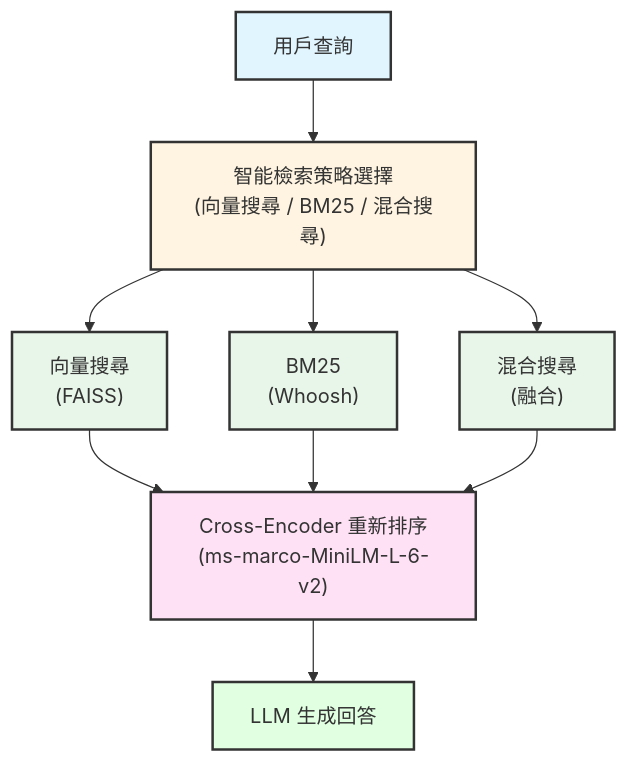
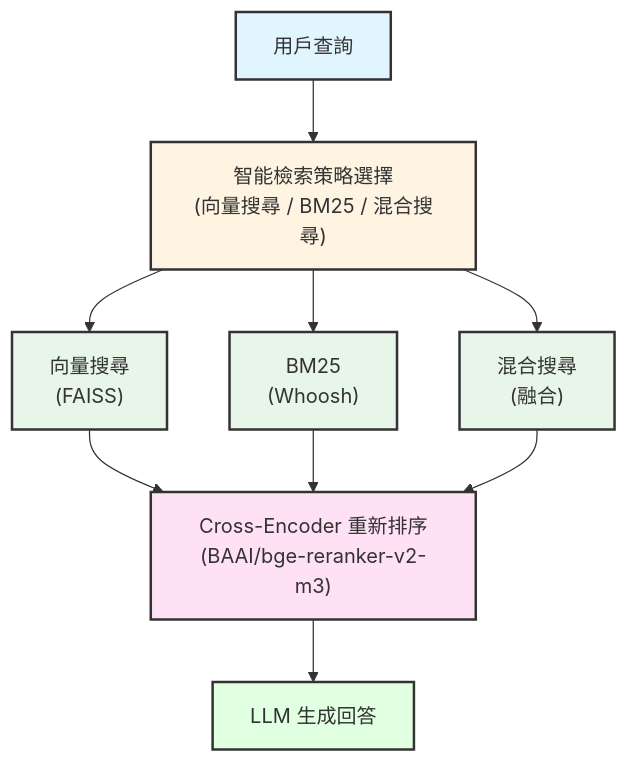
One commit to Scorpio-meow/AI-CB changed the diagram in README.md. Above: the diagram before and after it, drawn with Mermaid. The commit also changed other lines of this file, not shown here.

````diff
--- a/README.md
+++ b/README.md
@@ -138,19 +103,19 @@
 ```mermaid
 flowchart TD
     A["用戶查詢"] --> B["智能檢索策略選擇<br/>(向量搜尋 / BM25 / 混合搜尋)"]
     B --> C["向量搜尋<br/>(FAISS)"]
     B --> D["BM25<br/>(Whoosh)"]
     B --> E["混合搜尋<br/>(融合)"]
-    C --> F["Cross-Encoder 重新排序<br/>(ms-marco-MiniLM-L-6-v2)"]
+    C --> F["Cross-Encoder 重新排序<br/>(BAAI/bge-reranker-v2-m3)"]
     D --> F
     E --> F
     F --> G["LLM 生成回答"]
     
     style A fill:#e1f5ff,stroke:#333,stroke-width:2px
     style B fill:#fff4e1,stroke:#333,stroke-width:2px
     style C fill:#e8f5e9,stroke:#333,stroke-width:2px
     style D fill:#e8f5e9,stroke:#333,stroke-width:2px
     style E fill:#e8f5e9,stroke:#333,stroke-width:2px
     style F fill:#ffe1f5,stroke:#333,stroke-width:2px
     style G fill:#e1ffe1,stroke:#333,stroke-width:2px
 ```
````
